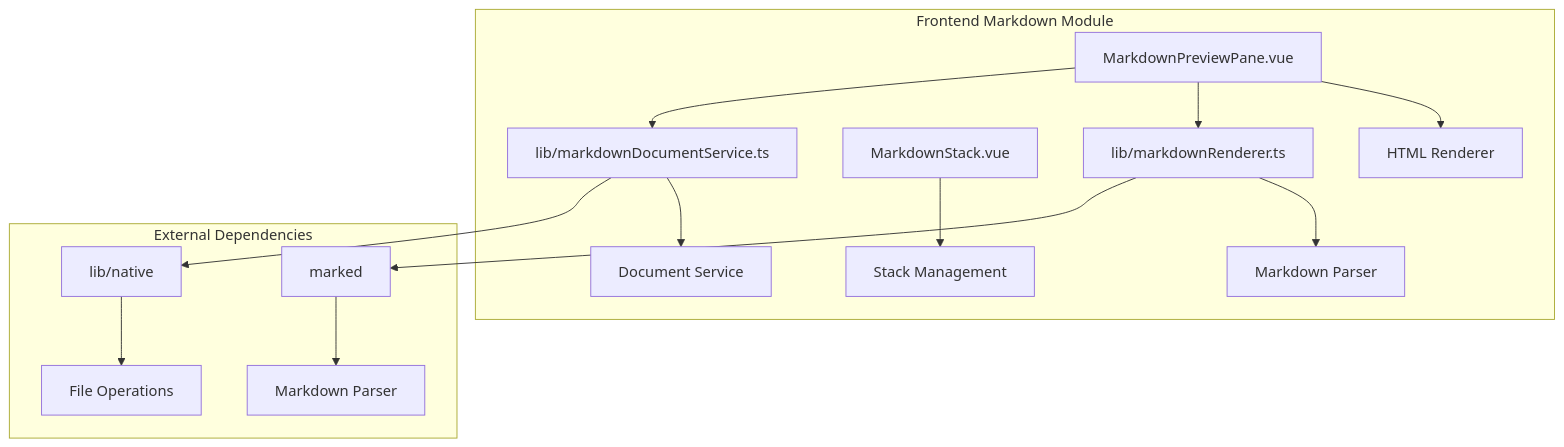
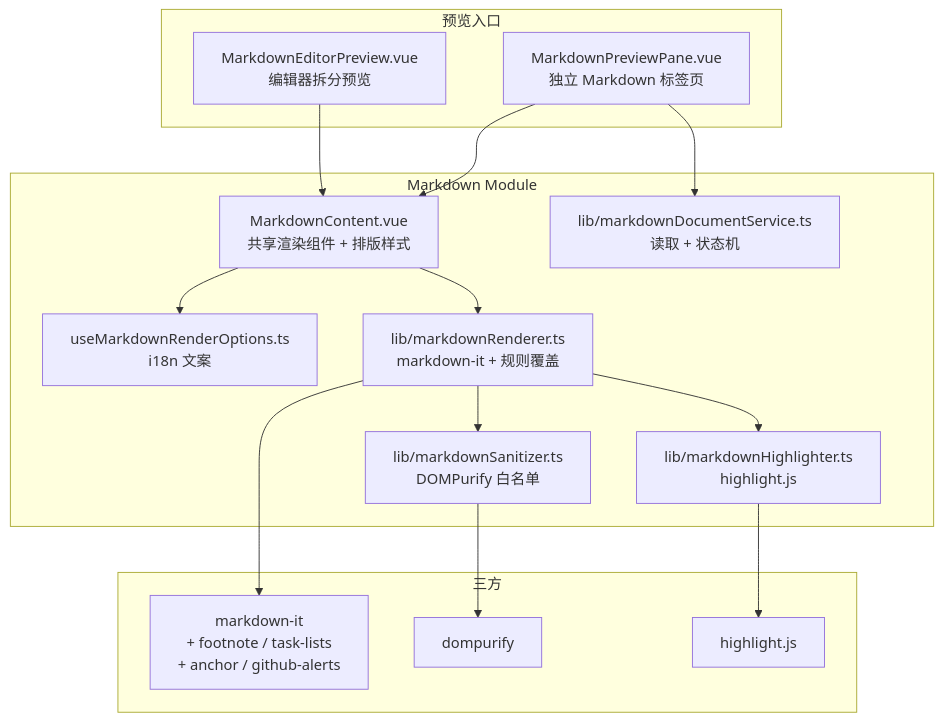
Before and after one commit to xinggaoya/nexterm: the diagram in docs/architecture/markdown/detailed-design.md, drawn with Mermaid. The commit also changed other lines of this file and 3 other files, not shown here.

````diff
--- a/docs/architecture/markdown/detailed-design.md
+++ b/docs/architecture/markdown/detailed-design.md
@@ -7,19 +7,33 @@
 ```mermaid
 graph TB
-    subgraph "Frontend Markdown Module"
-        A[MarkdownPreviewPane.vue] --> B[HTML Renderer]
-        C[MarkdownStack.vue] --> D[Stack Management]
-        E[lib/markdownRenderer.ts] --> F[Markdown Parser]
-        G[lib/markdownDocumentService.ts] --> H[Document Service]
+    subgraph "预览入口"
+        A[MarkdownPreviewPane.vue<br/>独立 Markdown 标签页]
+        B[MarkdownEditorPreview.vue<br/>编辑器拆分预览]
     end
-    
-    subgraph "External Dependencies"
-        I[marked] --> J[Markdown Parser]
-        K[lib/native] --> L[File Operations]
+
+    subgraph "Markdown Module"
+        C[MarkdownContent.vue<br/>共享渲染组件 + 排版样式]
+        D[useMarkdownRenderOptions.ts<br/>i18n 文案]
+        E[lib/markdownRenderer.ts<br/>markdown-it + 规则覆盖]
+        F[lib/markdownSanitizer.ts<br/>DOMPurify 白名单]
+        G[lib/markdownHighlighter.ts<br/>highlight.js]
+        H[lib/markdownDocumentService.ts<br/>读取 + 状态机]
     end
-    
+
+    subgraph "三方"
+        I[markdown-it<br/>+ footnote / task-lists<br/>+ anchor / github-alerts]
+        J[dompurify]
+        K[highlight.js]
+    end
+
+    A --> C
+    B --> C
+    C --> D
+    C --> E
     E --> I
+    E --> G
+    E --> F
+    F --> J
     G --> K
-    A --> E
-    A --> G
+    A --> H
 ```
````
